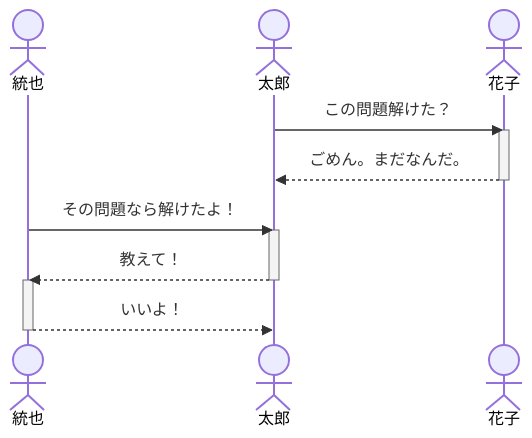
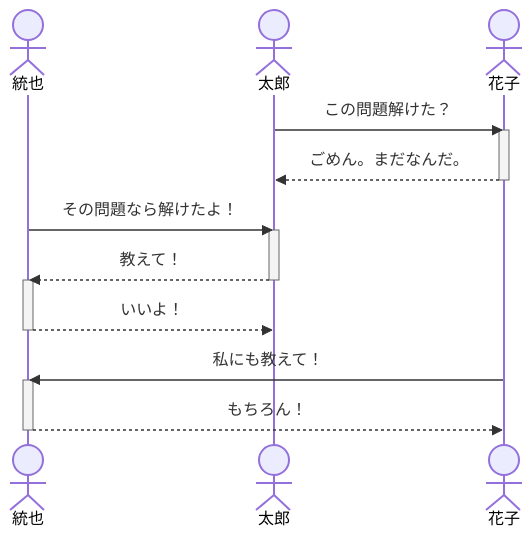
Before and after one commit to KinoshitaToya/mermaid_test: the second of 3 diagrams in README.md, drawn with Mermaid.

````diff
--- a/README.md
+++ b/README.md
@@ -37,18 +37,21 @@
 ```mermaid
 sequenceDiagram
     actor 統也
     actor 太郎
     actor 花子
     太郎->>花子: この問題解けた？
     activate 花子
     花子-->>太郎: ごめん。まだなんだ。
     deactivate 花子
     統也->>太郎: その問題なら解けたよ！
     activate 太郎
     太郎-->>統也: 教えて！
     deactivate 太郎
     activate 統也
     統也-->>太郎: いいよ！
     deactivate 統也
-    
+    花子->>統也: 私にも教えて！
+    activate 統也
+    統也-->>花子: もちろん！
+    deactivate 統也
 ```
````
